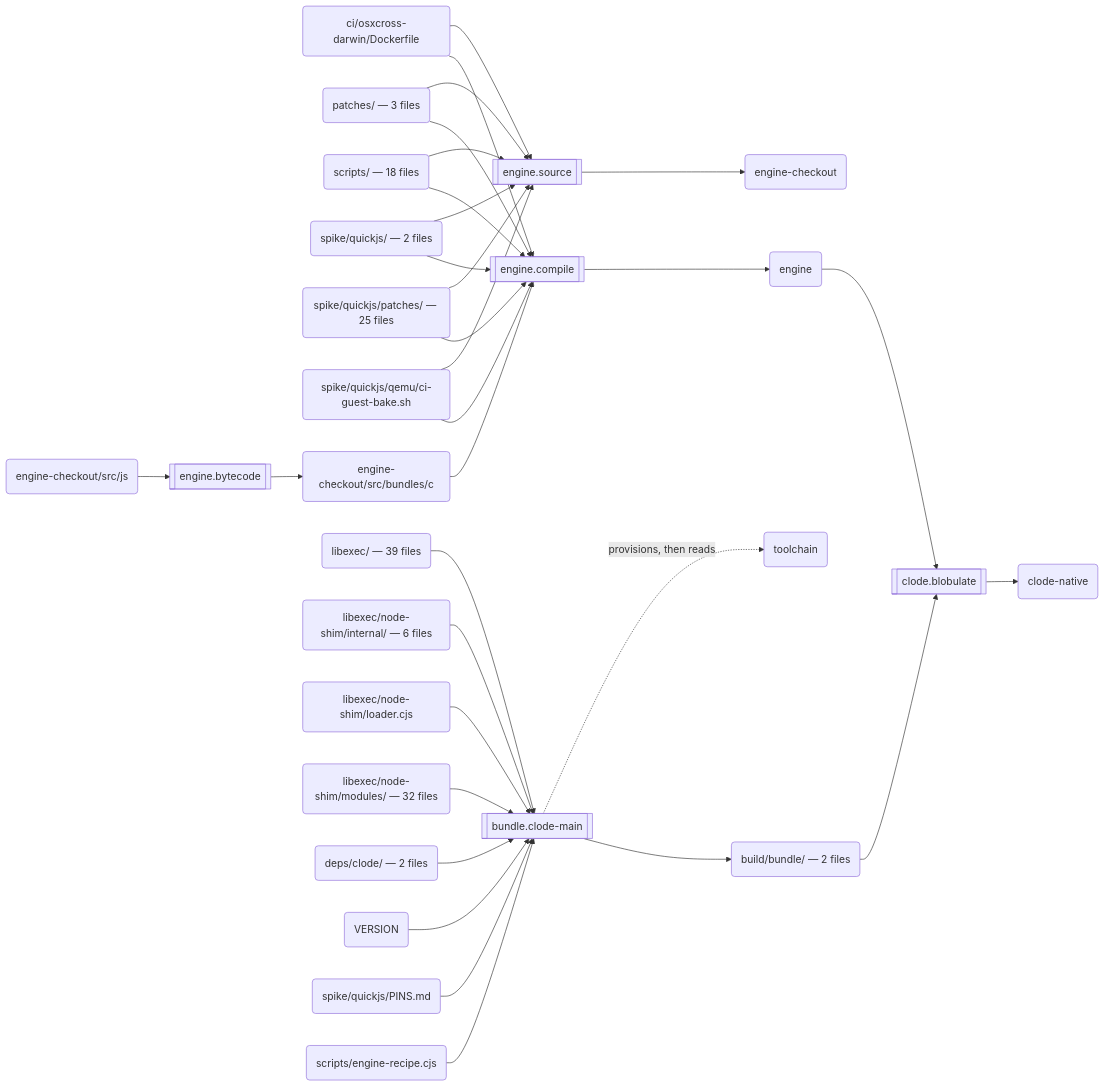
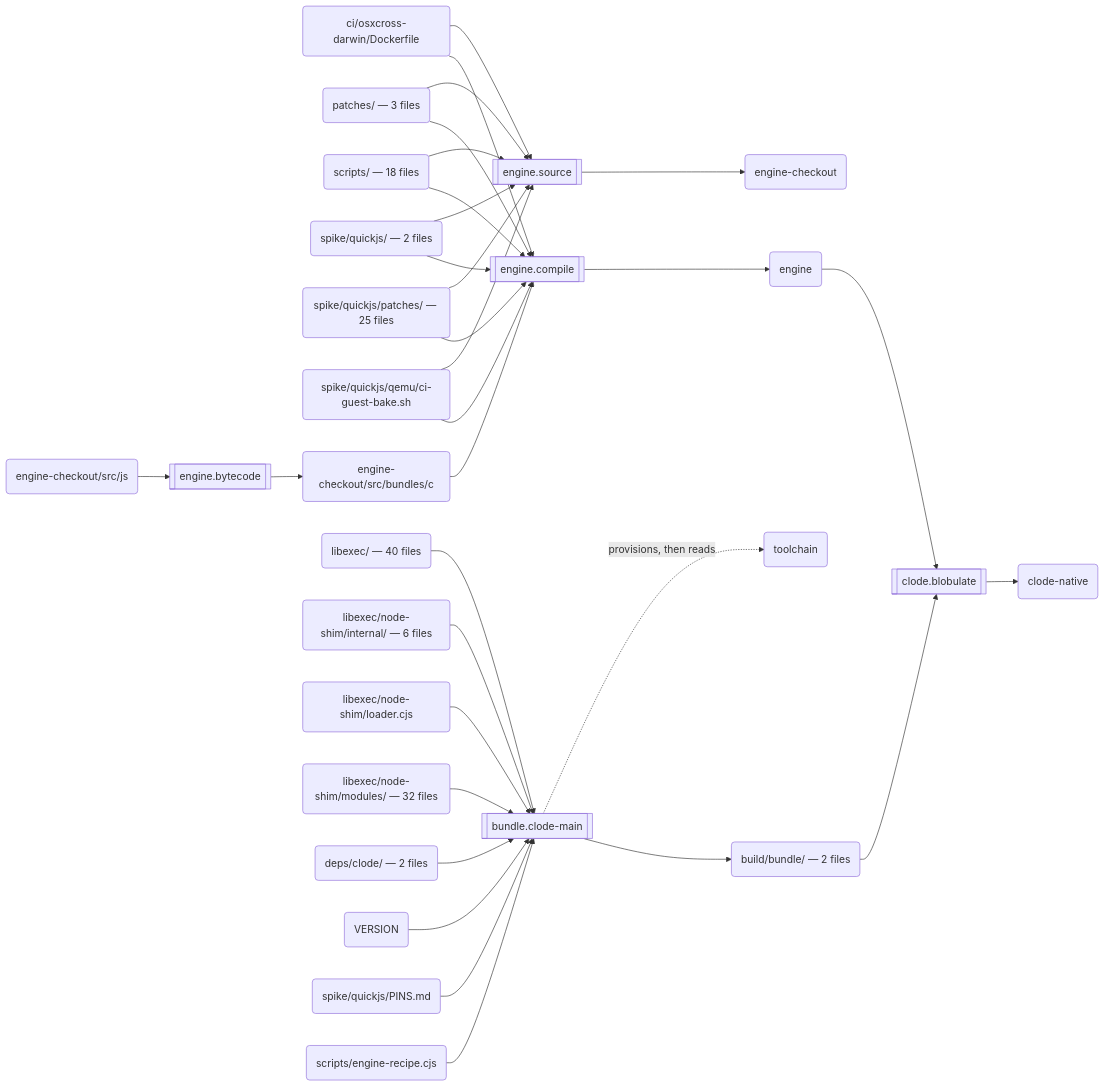
Before and after one commit to schmonz/clode: the second of 3 diagrams in docs/build.md, drawn with Mermaid. The commit also changed 7 other files, not shown here.

````diff
--- a/docs/build.md
+++ b/docs/build.md
@@ -123,59 +123,59 @@
 ```mermaid
 flowchart LR
   s0[["engine.source"]]
   a0("ci/osxcross-darwin/Dockerfile")
   a1("patches/ — 3 files")
   a2("scripts/ — 18 files")
   a3("spike/quickjs/ — 2 files")
   a4("spike/quickjs/patches/ — 25 files")
   a5("spike/quickjs/qemu/ci-guest-bake.sh")
   a6("engine-checkout")
   s1[["engine.bytecode"]]
   a7("engine-checkout/src/js")
   a8("engine-checkout/src/bundles/c")
   s2[["engine.compile"]]
   a9("engine")
   s3[["bundle.clode-main"]]
-  a10("libexec/ — 39 files")
+  a10("libexec/ — 40 files")
   a11("libexec/node-shim/internal/ — 6 files")
   a12("libexec/node-shim/loader.cjs")
   a13("libexec/node-shim/modules/ — 32 files")
   a14("deps/clode/ — 2 files")
   a15("VERSION")
   a16("spike/quickjs/PINS.md")
   a17("scripts/engine-recipe.cjs")
   a18("toolchain")
   a19("build/bundle/ — 2 files")
   s4[["clode.blobulate"]]
   a20("clode-native")
   a0 --> s0
   a1 --> s0
   a2 --> s0
   a3 --> s0
   a4 --> s0
   a5 --> s0
   s0 --> a6
   a7 --> s1
   s1 --> a8
   a8 --> s2
   a0 --> s2
   a1 --> s2
   a2 --> s2
   a3 --> s2
   a4 --> s2
   a5 --> s2
   s2 --> a9
   a10 --> s3
   a11 --> s3
   a12 --> s3
   a13 --> s3
   a14 --> s3
   a15 --> s3
   a16 --> s3
   a17 --> s3
   s3 -.->|"provisions, then reads"| a18
   s3 --> a19
   a9 --> s4
   a19 --> s4
   s4 --> a20
 ```
````
